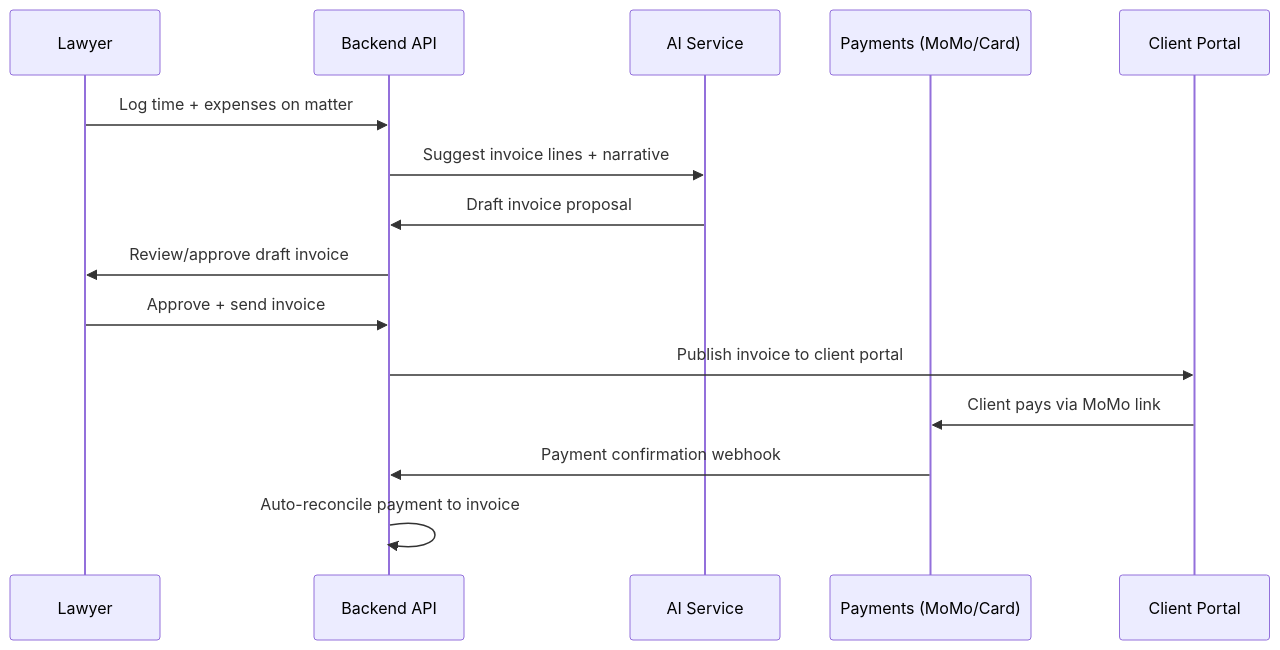
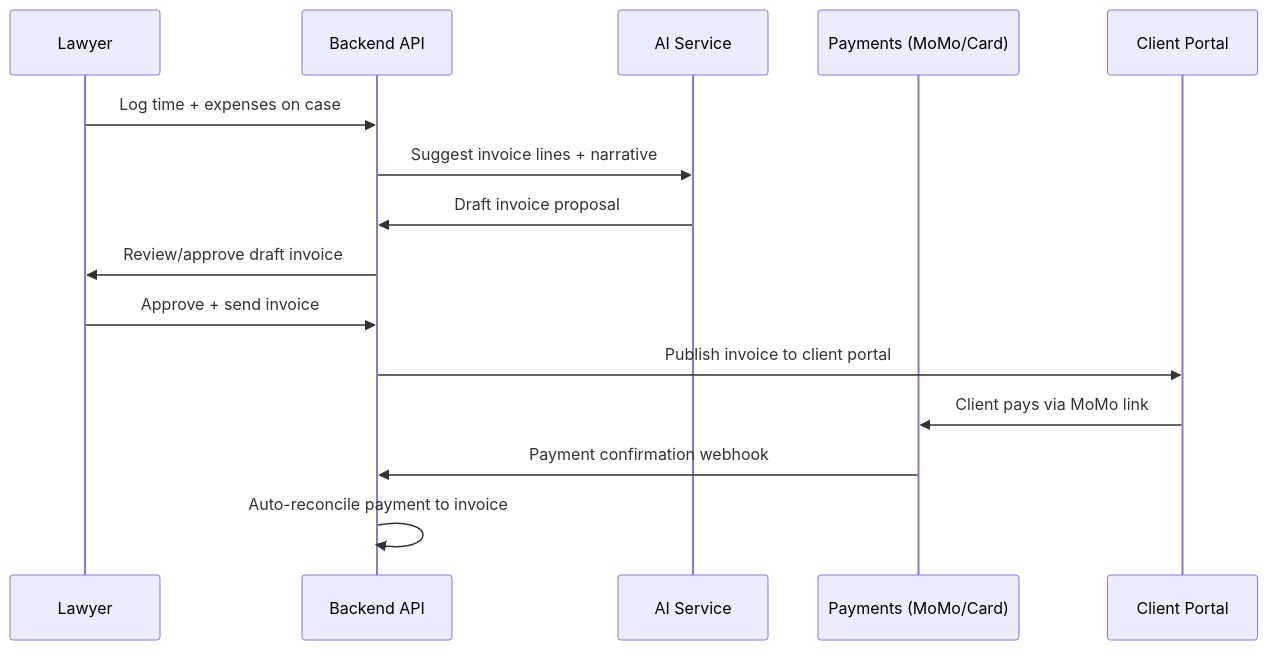
Before and after one commit to gemegah/Legal: the fifth of 6 diagrams in system.md, drawn with Mermaid. The commit also changed other lines of this file and 135 other files, not shown here.

````diff
--- a/system.md
+++ b/system.md
@@ -223,18 +223,18 @@
 ```mermaid
 sequenceDiagram
   participant L as Lawyer
   participant API as Backend API
   participant AI as AI Service
   participant P as Payments (MoMo/Card)
   participant C as Client Portal
 
-  L->>API: Log time + expenses on matter
+  L->>API: Log time + expenses on case
   API->>AI: Suggest invoice lines + narrative
   AI->>API: Draft invoice proposal
   API->>L: Review/approve draft invoice
   L->>API: Approve + send invoice
   API->>C: Publish invoice to client portal
   C->>P: Client pays via MoMo link
   P->>API: Payment confirmation webhook
   API->>API: Auto-reconcile payment to invoice
 ```
````
